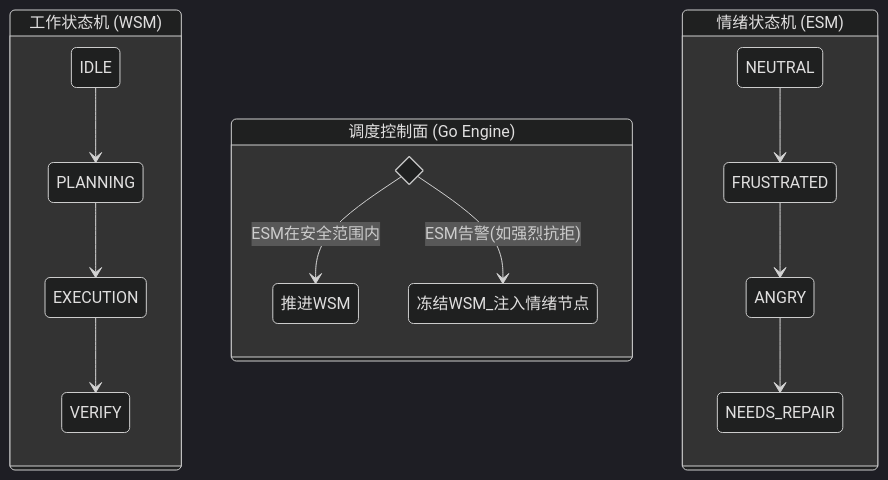
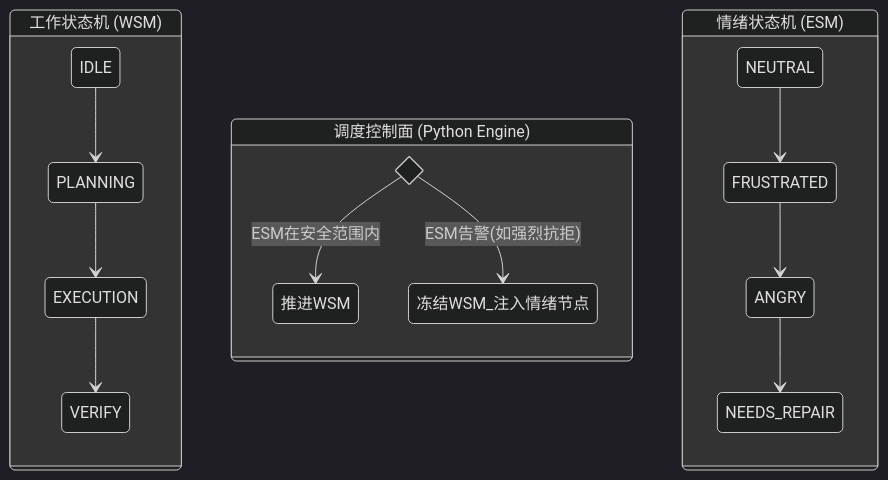
The second of 2 diagrams in backend/docs/system/工作状态机与情绪状态机方案.md (xie480/Luna-AI), drawn with Mermaid (dark theme) before and after one commit. The commit also changed other lines of this file and 14 other files, not shown here.

````diff
--- a/backend/docs/system/工作状态机与情绪状态机方案.md
+++ b/backend/docs/system/工作状态机与情绪状态机方案.md
@@ -186,20 +172,20 @@
 ```mermaid
 stateDiagram-v2
     state "工作状态机 (WSM)" as WSM {
         IDLE --> PLANNING
         PLANNING --> EXECUTION
         EXECUTION --> VERIFY
     }
 
-    state "调度控制面 (Go Engine)" as Router {
+    state "调度控制面 (Python Engine)" as Router {
         state if_check <<choice>>
         if_check --> 推进WSM : ESM在安全范围内
         if_check --> 冻结WSM_注入情绪节点 : ESM告警(如强烈抗拒)
     }
 
     state "情绪状态机 (ESM)" as ESM {
         NEUTRAL --> FRUSTRATED
         FRUSTRATED --> ANGRY
         ANGRY --> NEEDS_REPAIR
     }
 ```
````
